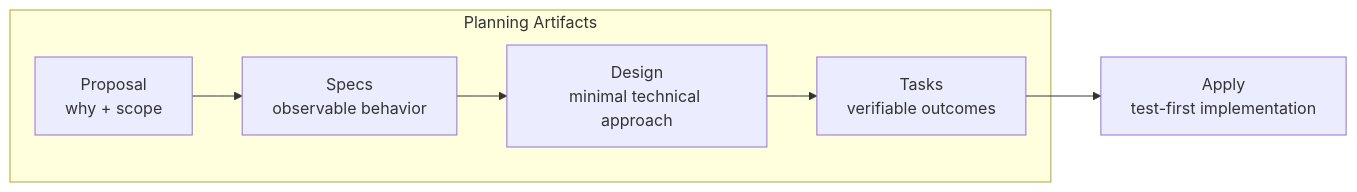
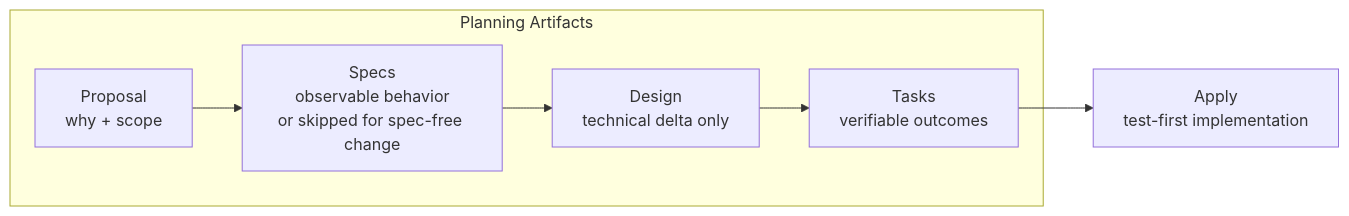
Before and after one commit to mols3131d/hmda-data-reliability: the diagram in openspec/schemas/spec-driven-tdd/README.md, drawn with Mermaid. The commit also changed other lines of this file and 10 other files, not shown here.

First line of the commit message:
chore(openspec): schema ownership contract 정합화 (#169)

````diff
--- a/openspec/schemas/spec-driven-tdd/README.md
+++ b/openspec/schemas/spec-driven-tdd/README.md
@@ -5,10 +5,10 @@
 ```mermaid
 flowchart LR
     subgraph planning ["Planning Artifacts"]
-        proposal["Proposal<br/>why + scope"] --> specs["Specs<br/>observable behavior"]
-        specs --> design["Design<br/>minimal technical approach"]
+        proposal["Proposal<br/>why + scope"] --> specs["Specs<br/>observable behavior<br/>or skipped for spec-free change"]
+        specs --> design["Design<br/>technical delta only"]
         design --> tasks["Tasks<br/>verifiable outcomes"]
     end
 
     tasks --> apply["Apply<br/>test-first implementation"]
 ```
````
